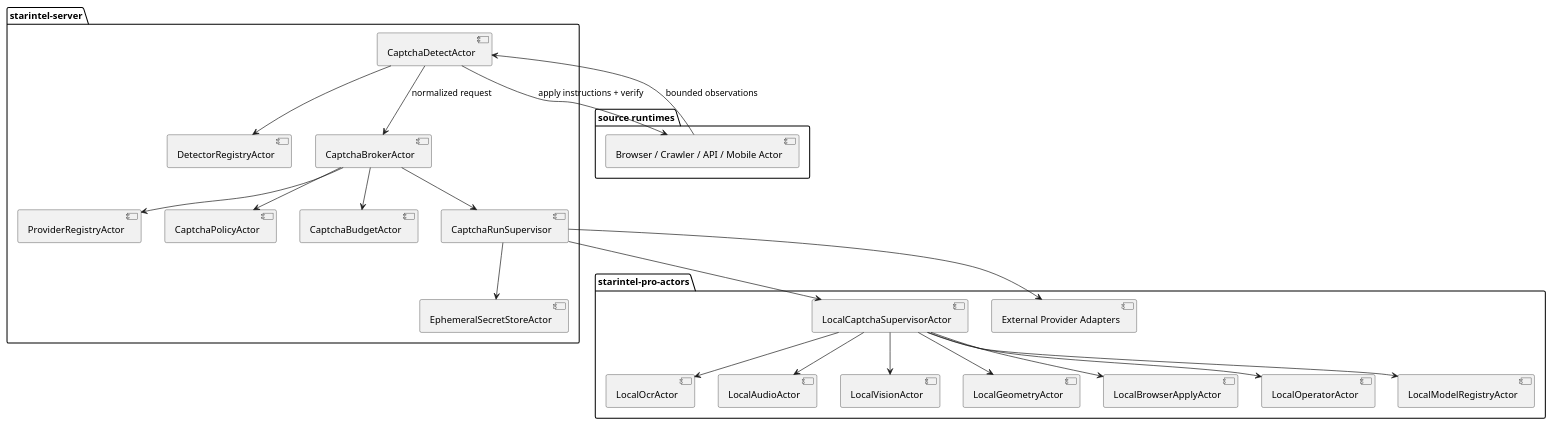
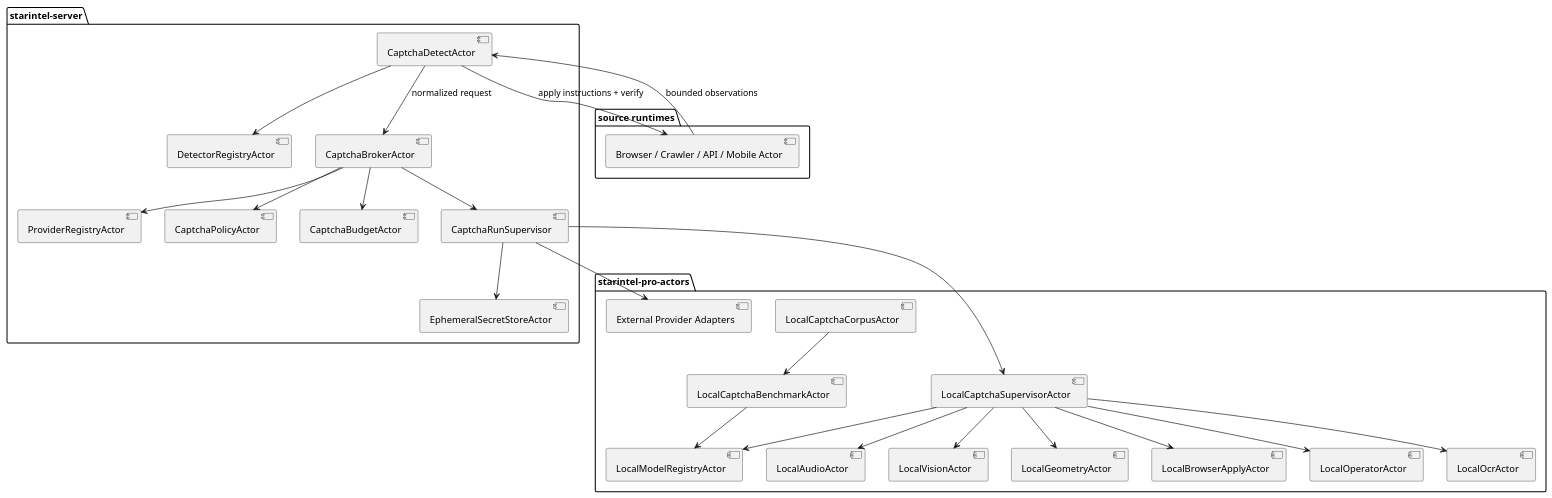
The diagram in roam/indexes/starintel-pro-actors/STAR-PRO-INDEX-001-captcha-service-actors.org (lost-rob0t/starintel-auto-research), drawn with PlantUML before and after one commit. The commit also changed other lines of this file, not shown here.

Commit message:
fix: keep CAPTCHA index approval states canonical

```diff
--- a/roam/indexes/starintel-pro-actors/STAR-PRO-INDEX-001-captcha-service-actors.org
+++ b/roam/indexes/starintel-pro-actors/STAR-PRO-INDEX-001-captcha-service-actors.org
@@ -44,47 +44,51 @@
 #+begin_src plantuml
 @startuml
 package "starintel-server" {
   [CaptchaDetectActor]
   [DetectorRegistryActor]
   [CaptchaBrokerActor]
   [ProviderRegistryActor]
   [CaptchaPolicyActor]
   [CaptchaBudgetActor]
   [CaptchaRunSupervisor]
   [EphemeralSecretStoreActor]
 }
 package "source runtimes" {
   [Browser / Crawler / API / Mobile Actor]
 }
 package "starintel-pro-actors" {
   [LocalCaptchaSupervisorActor]
   [LocalOcrActor]
   [LocalAudioActor]
   [LocalVisionActor]
   [LocalGeometryActor]
   [LocalBrowserApplyActor]
   [LocalOperatorActor]
   [LocalModelRegistryActor]
+  [LocalCaptchaCorpusActor]
+  [LocalCaptchaBenchmarkActor]
   [External Provider Adapters]
 }
 
 [Browser / Crawler / API / Mobile Actor] --> [CaptchaDetectActor] : bounded observations
 [CaptchaDetectActor] --> [DetectorRegistryActor]
 [CaptchaDetectActor] --> [CaptchaBrokerActor] : normalized request
 [CaptchaBrokerActor] --> [CaptchaPolicyActor]
 [CaptchaBrokerActor] --> [CaptchaBudgetActor]
 [CaptchaBrokerActor] --> [ProviderRegistryActor]
 [CaptchaBrokerActor] --> [CaptchaRunSupervisor]
 [CaptchaRunSupervisor] --> [LocalCaptchaSupervisorActor]
 [LocalCaptchaSupervisorActor] --> [LocalOcrActor]
 [LocalCaptchaSupervisorActor] --> [LocalAudioActor]
 [LocalCaptchaSupervisorActor] --> [LocalVisionActor]
 [LocalCaptchaSupervisorActor] --> [LocalGeometryActor]
 [LocalCaptchaSupervisorActor] --> [LocalOperatorActor]
 [LocalCaptchaSupervisorActor] --> [LocalBrowserApplyActor]
 [LocalCaptchaSupervisorActor] --> [LocalModelRegistryActor]
+[LocalCaptchaCorpusActor] --> [LocalCaptchaBenchmarkActor]
+[LocalCaptchaBenchmarkActor] --> [LocalModelRegistryActor]
 [CaptchaRunSupervisor] --> [External Provider Adapters]
 [CaptchaRunSupervisor] --> [EphemeralSecretStoreActor]
 [CaptchaDetectActor] --> [Browser / Crawler / API / Mobile Actor] : apply instructions + verify
 @enduml
 #+end_src
```
